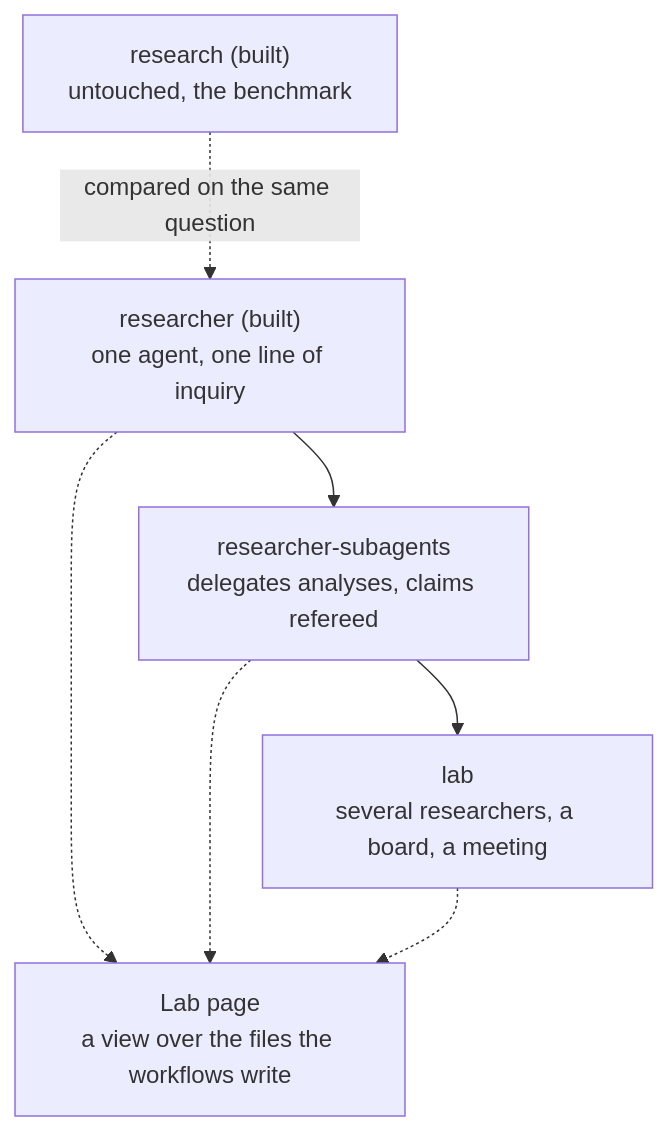
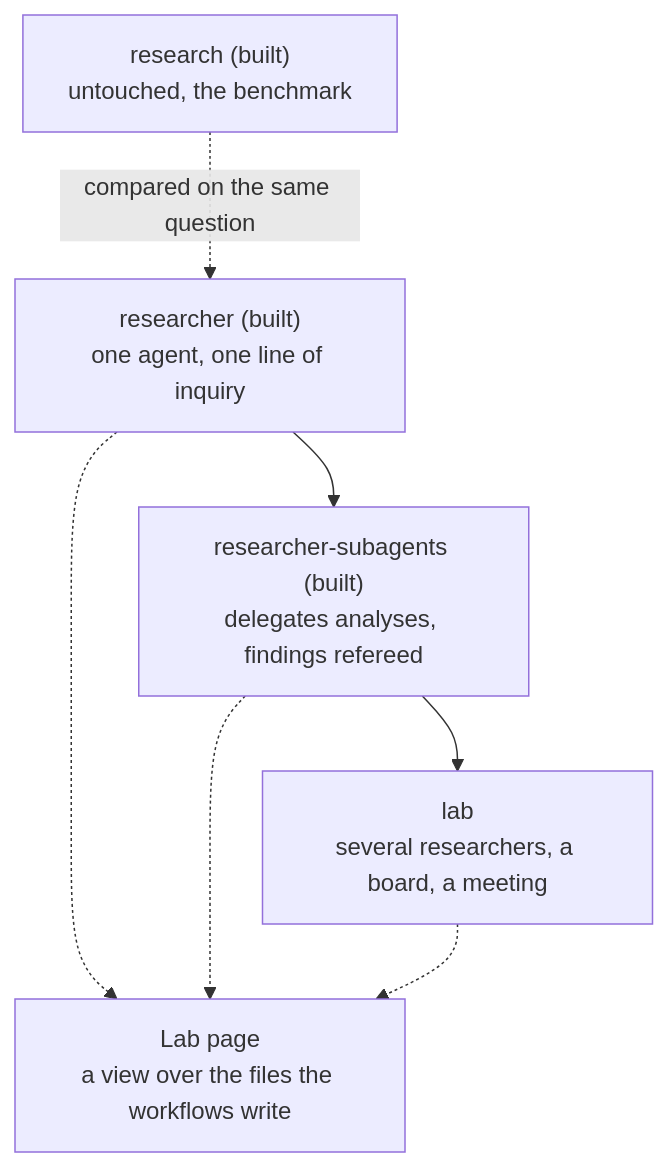
Before and after one commit to joaopn/research-sandbox: the diagram in docs/architecture/Research.md, drawn with Mermaid. The commit also changed other lines of this file and 15 other files, not shown here.

First line of the commit message:
feat: a researcher-subagents project type delegates to parallel analysts and has each finding checked before the PI accepts it

````diff
--- a/docs/architecture/Research.md
+++ b/docs/architecture/Research.md
@@ -23,14 +23,14 @@
 ```mermaid
 flowchart TD
   bench["research (built)<br/>untouched, the benchmark"]
   r["researcher (built)<br/>one agent, one line of inquiry"]
-  rs["researcher-subagents<br/>delegates analyses, claims refereed"]
+  rs["researcher-subagents (built)<br/>delegates analyses, findings refereed"]
   lab["lab<br/>several researchers, a board, a meeting"]
   page["Lab page<br/>a view over the files the workflows write"]
   r --> rs
   rs --> lab
   r -.-> page
   rs -.-> page
   lab -.-> page
   bench -.->|"compared on the same question"| r
 ```
````
